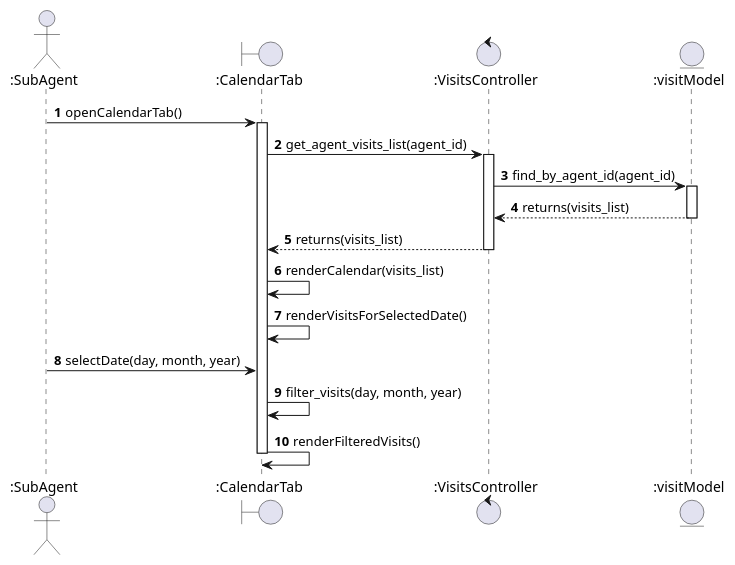
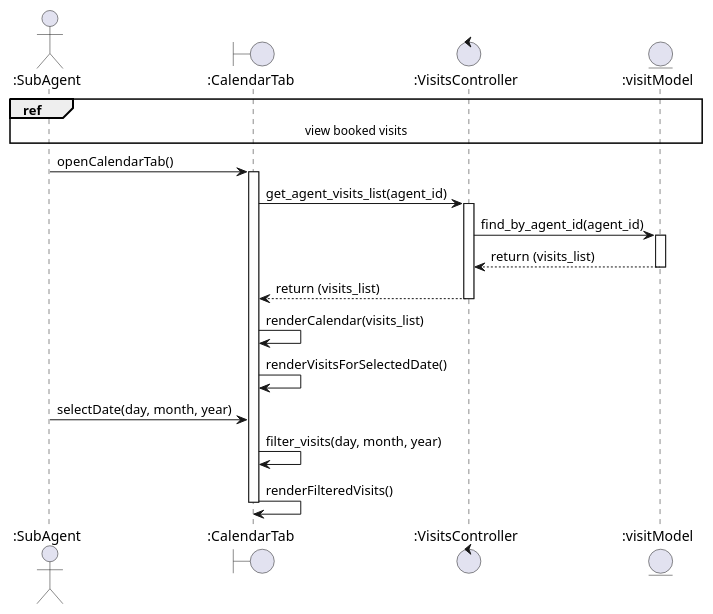
Before and after one commit to israhadjhassine/Graduation-Project-real-estate-automation: the diagram in docs/sequence_diagram_view_visits_calendar.puml, drawn with PlantUML. The commit also changed 100 other files, not shown here.

```diff
--- a/docs/sequence_diagram_view_visits_calendar.puml
+++ b/docs/sequence_diagram_view_visits_calendar.puml
@@ -1,32 +1,35 @@
 @startuml
-autonumber
 
 actor ":SubAgent" as SubAgent
 boundary ":CalendarTab" as CalendarTab
 control ":VisitsController" as VisitsController
 entity ":visitModel" as visitModel
+
+ref over SubAgent, CalendarTab, VisitsController, visitModel: view booked visits
 
 SubAgent -> CalendarTab : openCalendarTab()
 activate CalendarTab
 
 CalendarTab -> VisitsController : get_agent_visits_list(agent_id)
 activate VisitsController
 
 VisitsController -> visitModel : find_by_agent_id(agent_id)
 activate visitModel
-visitModel --> VisitsController : returns(visits_list)
+visitModel --> VisitsController : return (visits_list)
 deactivate visitModel
 
-VisitsController --> CalendarTab : returns(visits_list)
+VisitsController --> CalendarTab : return (visits_list)
 deactivate VisitsController
 
 CalendarTab -> CalendarTab : renderCalendar(visits_list)
 
 CalendarTab -> CalendarTab : renderVisitsForSelectedDate()
 
+SubAgent -> CalendarTab : selectDate(day, month, year)
 
-SubAgent -> CalendarTab : selectDate(day, month, year)
 CalendarTab -> CalendarTab : filter_visits(day, month, year)
+
 CalendarTab -> CalendarTab : renderFilteredVisits()
 deactivate CalendarTab
+
 @enduml
```
